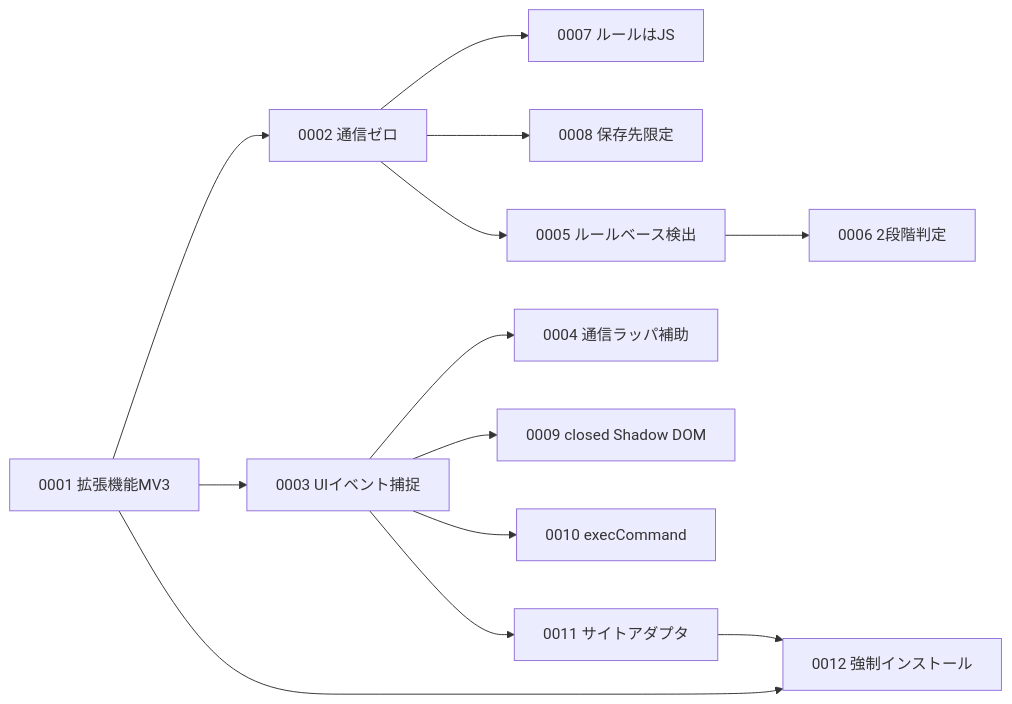
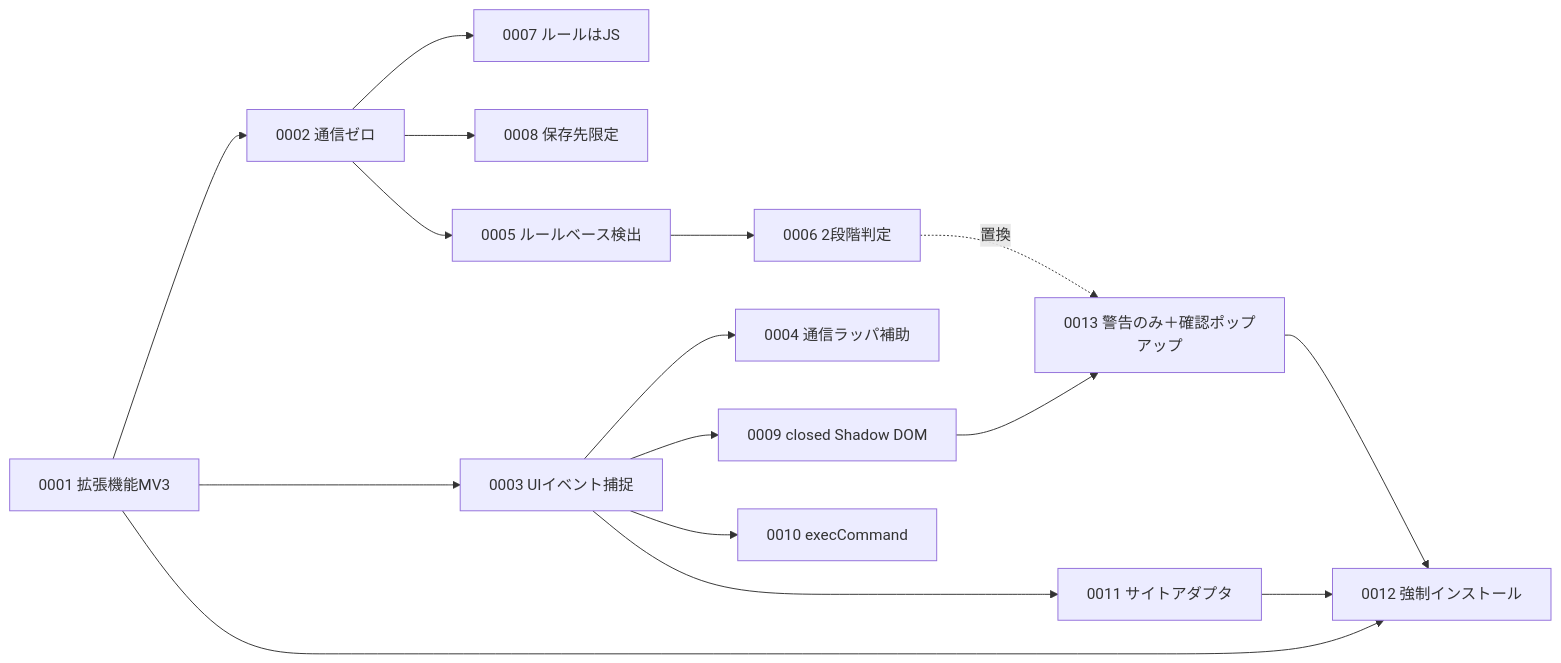
The diagram in docs/adr/README.md (KohheiAdachi/genai-pii-blocker), drawn with Mermaid before and after one commit. The commit also changed other lines of this file and 2 other files, not shown here.

Commit message:
docs: ADR-0013を追加し、既定の判定を警告のみに変更
誤検知の代償が業務停止にならないよう、同梱ルールの既定actionをすべて
warnとする。送信はいったん止めて確認ポップアップを表示し、承認時のみ
送信する。ブロックは管理者ポリシーからの有効化経路のみ残す。
ADR-0006は「置換（ADR-0013による）」とし、内容は決定当時の記録として残す。

````diff
--- a/docs/adr/README.md
+++ b/docs/adr/README.md
@@ -31,15 +32,18 @@
 ```mermaid
 flowchart LR
     A1[0001 拡張機能MV3] --> A2[0002 通信ゼロ]
     A1 --> A3[0003 UIイベント捕捉]
     A3 --> A4[0004 通信ラッパ補助]
     A3 --> A9[0009 closed Shadow DOM]
     A3 --> A10[0010 execCommand]
     A3 --> A11[0011 サイトアダプタ]
     A2 --> A7[0007 ルールはJS]
     A2 --> A8[0008 保存先限定]
     A5[0005 ルールベース検出] --> A6[0006 2段階判定]
+    A6 -.置換.-> A13[0013 警告のみ＋確認ポップアップ]
+    A9 --> A13
     A2 --> A5
+    A13 --> A12
     A1 --> A12[0012 強制インストール]
     A11 --> A12
 ```
````
